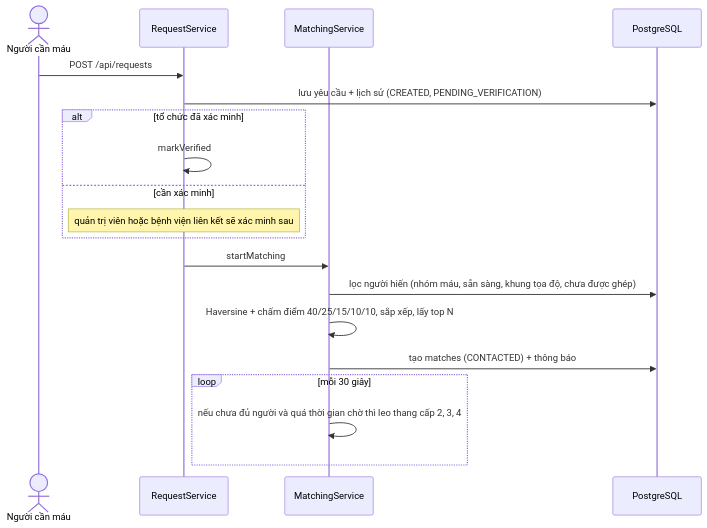
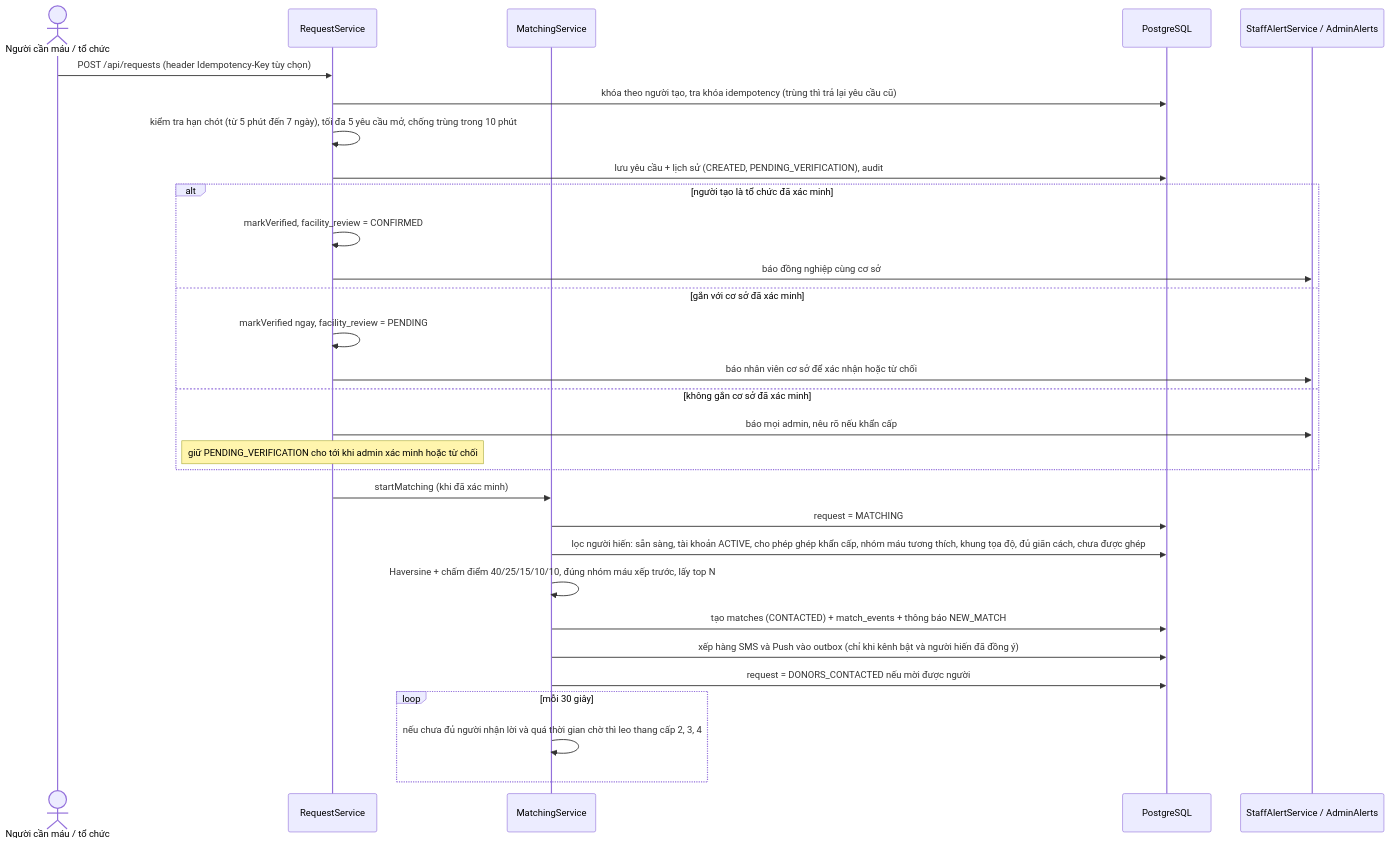
Before and after one commit to nhungoc260/lifely_demo: the tenth of 18 diagrams in docs/ARCHITECTURE.md, drawn with Mermaid. The commit also changed other lines of this file and 14 other files, not shown here.

````diff
--- a/docs/ARCHITECTURE.md
+++ b/docs/ARCHITECTURE.md
@@ -112,21 +523,32 @@
 ```mermaid
 sequenceDiagram
-  actor Q as Người cần máu
+  actor Q as Người cần máu / tổ chức
   participant RS as RequestService
   participant MT as MatchingService
   participant DB as PostgreSQL
-  Q->>RS: POST /api/requests
-  RS->>DB: lưu yêu cầu + lịch sử (CREATED, PENDING_VERIFICATION)
-  alt tổ chức đã xác minh
-    RS->>RS: markVerified
-  else cần xác minh
-    Note over RS: quản trị viên hoặc bệnh viện liên kết sẽ xác minh sau
+  participant AD as StaffAlertService / AdminAlerts
+  Q->>RS: POST /api/requests (header Idempotency-Key tùy chọn)
+  RS->>DB: khóa theo người tạo, tra khóa idempotency (trùng thì trả lại yêu cầu cũ)
+  RS->>RS: kiểm tra hạn chót (từ 5 phút đến 7 ngày), tối đa 5 yêu cầu mở, chống trùng trong 10 phút
+  RS->>DB: lưu yêu cầu + lịch sử (CREATED, PENDING_VERIFICATION), audit
+  alt người tạo là tổ chức đã xác minh
+    RS->>RS: markVerified, facility_review = CONFIRMED
+    RS->>AD: báo đồng nghiệp cùng cơ sở
+  else gắn với cơ sở đã xác minh
+    RS->>RS: markVerified ngay, facility_review = PENDING
+    RS->>AD: báo nhân viên cơ sở để xác nhận hoặc từ chối
+  else không gắn cơ sở đã xác minh
+    RS->>AD: báo mọi admin, nêu rõ nếu khẩn cấp
+    Note over RS: giữ PENDING_VERIFICATION cho tới khi admin xác minh hoặc từ chối
   end
-  RS->>MT: startMatching
-  MT->>DB: lọc người hiến (nhóm máu, sẵn sàng, khung tọa độ, chưa được ghép)
-  MT->>MT: Haversine + chấm điểm 40/25/15/10/10, sắp xếp, lấy top N
-  MT->>DB: tạo matches (CONTACTED) + thông báo
+  RS->>MT: startMatching (khi đã xác minh)
+  MT->>DB: request = MATCHING
+  MT->>DB: lọc người hiến: sẵn sàng, tài khoản ACTIVE, cho phép ghép khẩn cấp, nhóm máu tương thích, khung tọa độ, đủ giãn cách, chưa được ghép
+  MT->>MT: Haversine + chấm điểm 40/25/15/10/10, đúng nhóm máu xếp trước, lấy top N
+  MT->>DB: tạo matches (CONTACTED) + match_events + thông báo NEW_MATCH
+  MT->>DB: xếp hàng SMS và Push vào outbox (chỉ khi kênh bật và người hiến đã đồng ý)
+  MT->>DB: request = DONORS_CONTACTED nếu mời được người
   loop mỗi 30 giây
-    MT->>MT: nếu chưa đủ người và quá thời gian chờ thì leo thang cấp 2, 3, 4
+    MT->>MT: nếu chưa đủ người nhận lời và quá thời gian chờ thì leo thang cấp 2, 3, 4
   end
 ```
````
